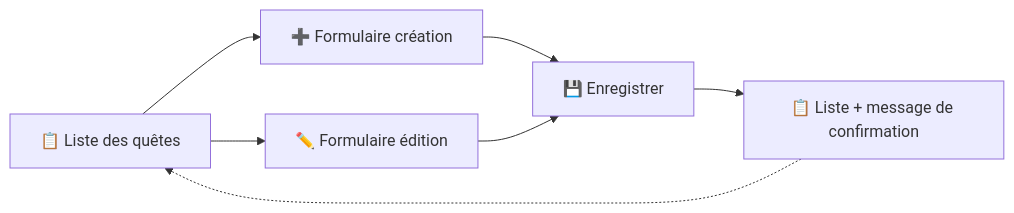
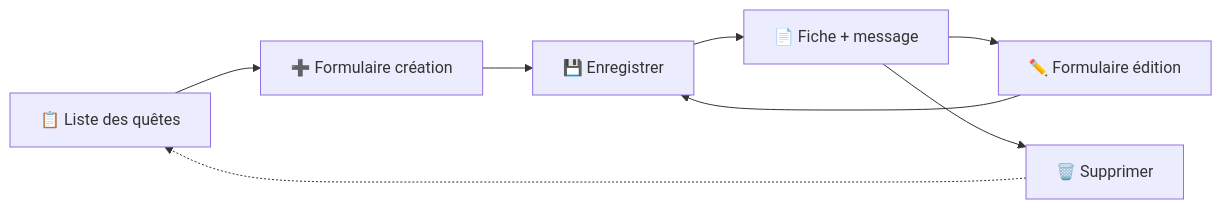
One commit to Maus3rSR/K.School changed the diagram in courses/Framework/sections/05-formulaires/00-campus-quest.md. Above: the diagram before and after it, drawn with Mermaid. The commit also changed other lines of this file and 12 other files, not shown here.

````diff
--- a/courses/Framework/sections/05-formulaires/00-campus-quest.md
+++ b/courses/Framework/sections/05-formulaires/00-campus-quest.md
@@ -24,9 +24,10 @@
 ```mermaid
 flowchart LR
     L[📋 Liste des quêtes] --> C[➕ Formulaire création]
-    L --> E[✏️ Formulaire édition]
     C --> S[💾 Enregistrer]
+    F[📄 Fiche + message] --> E[✏️ Formulaire édition]
     E --> S
-    S --> M[📋 Liste + message de confirmation]
-    M -.-> L
+    S --> F
+    F --> D[🗑️ Supprimer]
+    D -.-> L
 ```
````
